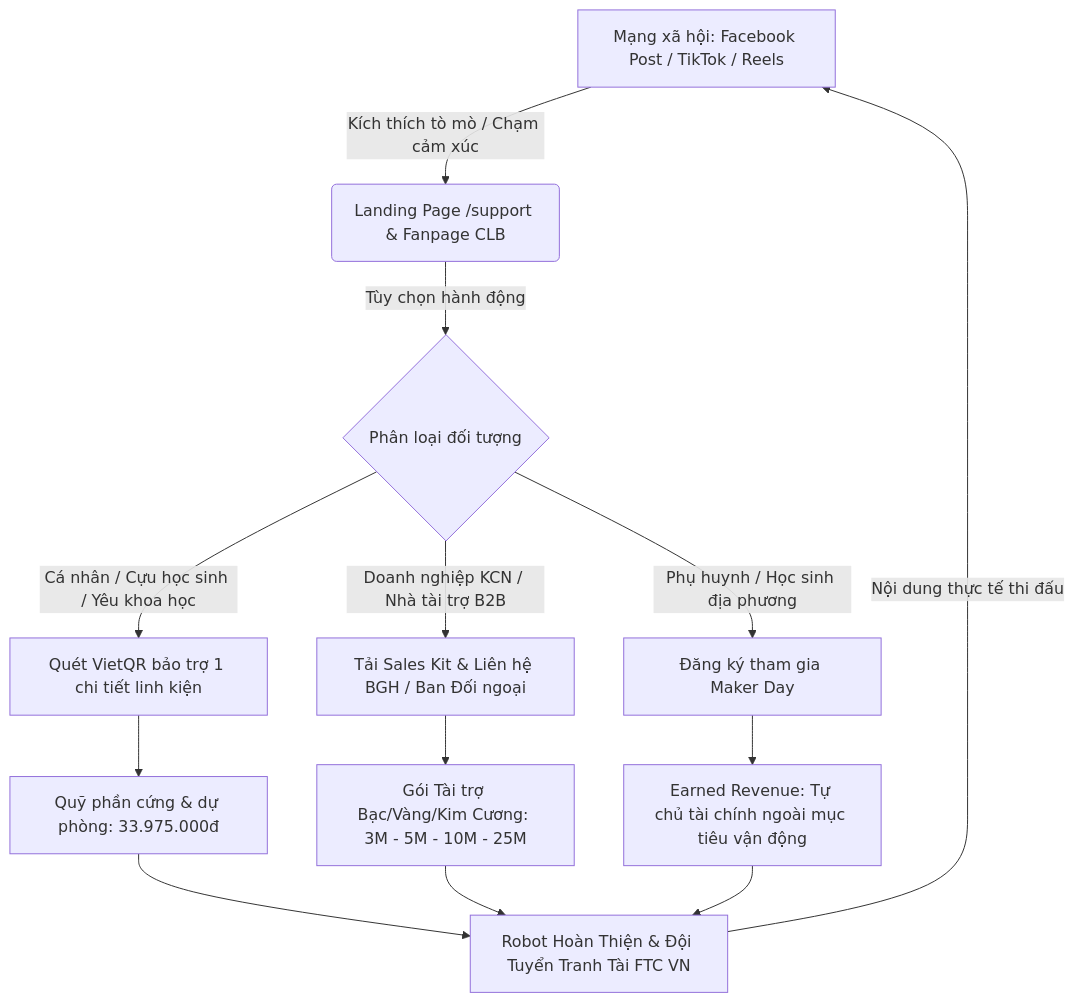
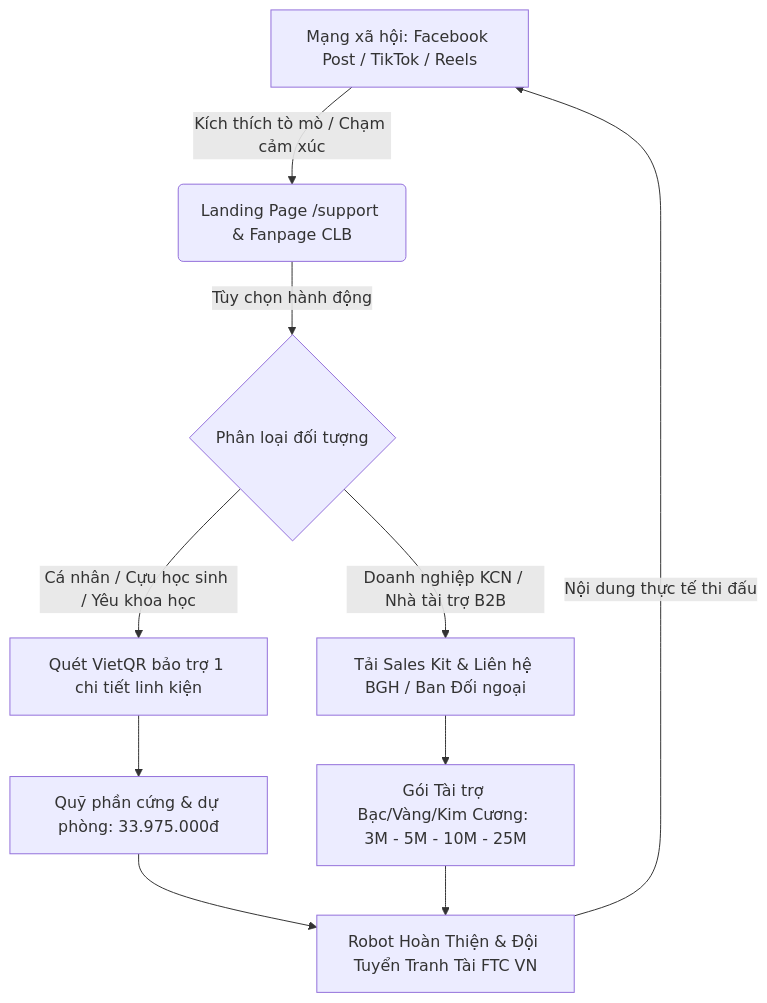
The first of 2 diagrams in docs/campaign-2026-2027/07-chuyen-linh-kien-noi-dung.md (Minhmice/roboticssocson), drawn with Mermaid before and after one commit. The commit also changed other lines of this file and 367 other files, not shown here.

````diff
--- a/docs/campaign-2026-2027/07-chuyen-linh-kien-noi-dung.md
+++ b/docs/campaign-2026-2027/07-chuyen-linh-kien-noi-dung.md
@@ -29,16 +28,14 @@
 ```mermaid
 graph TD
     A[Mạng xã hội: Facebook Post / TikTok / Reels] -->|Kích thích tò mò / Chạm cảm xúc| B(Landing Page /support & Fanpage CLB)
     B -->|Tùy chọn hành động| C{Phân loại đối tượng}
     
-    C -->|Phụ huynh / Học sinh địa phương| D[Đăng ký tham gia Maker Day]
     C -->|Cá nhân / Cựu học sinh / Yêu khoa học| E[Quét VietQR bảo trợ 1 chi tiết linh kiện]
     C -->|Doanh nghiệp KCN / Nhà tài trợ B2B| F[Tải Sales Kit & Liên hệ BGH / Ban Đối ngoại]
     
-    D --> G[Earned Revenue: Tự chủ tài chính ngoài mục tiêu vận động]
     E --> H[Quỹ phần cứng & dự phòng: 33.975.000đ]
     F --> I[Gói Tài trợ Bạc/Vàng/Kim Cương: 3M - 5M - 10M - 25M]
     
-    H & I & G --> J[Robot Hoàn Thiện & Đội Tuyển Tranh Tài FTC VN]
+    H & I --> J[Robot Hoàn Thiện & Đội Tuyển Tranh Tài FTC VN]
     J -->|Nội dung thực tế thi đấu| A
 ```
````
